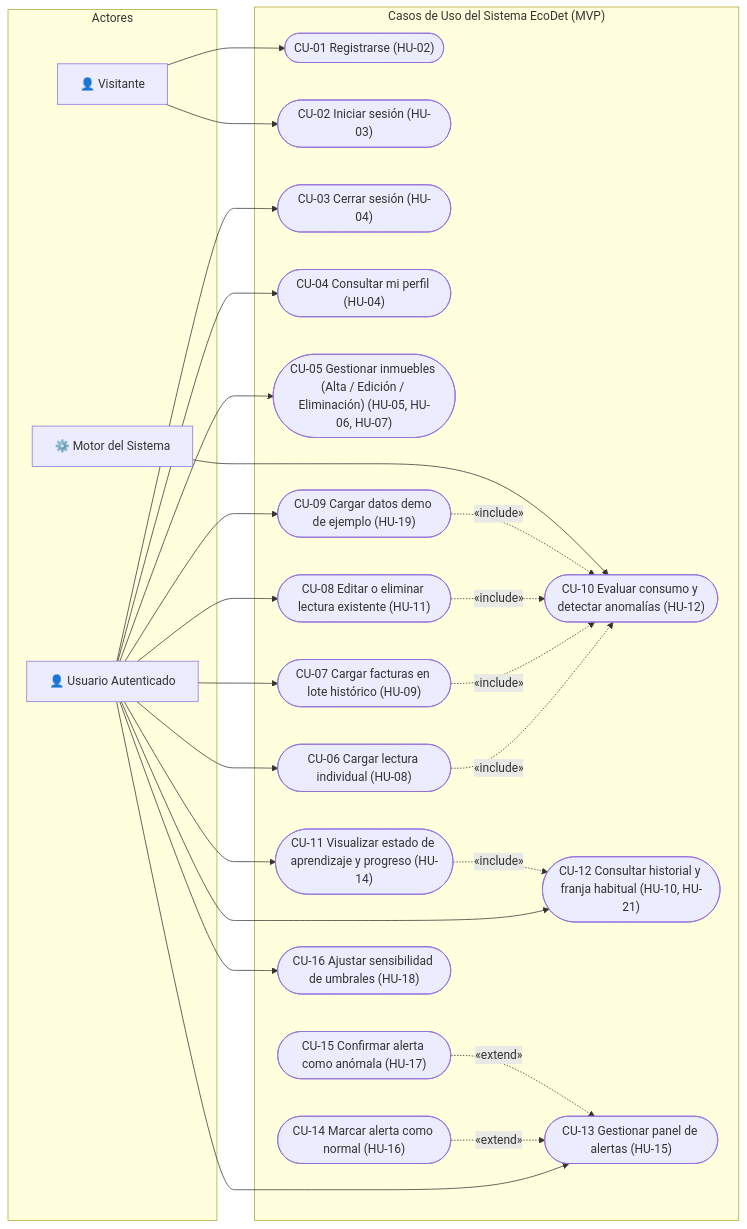
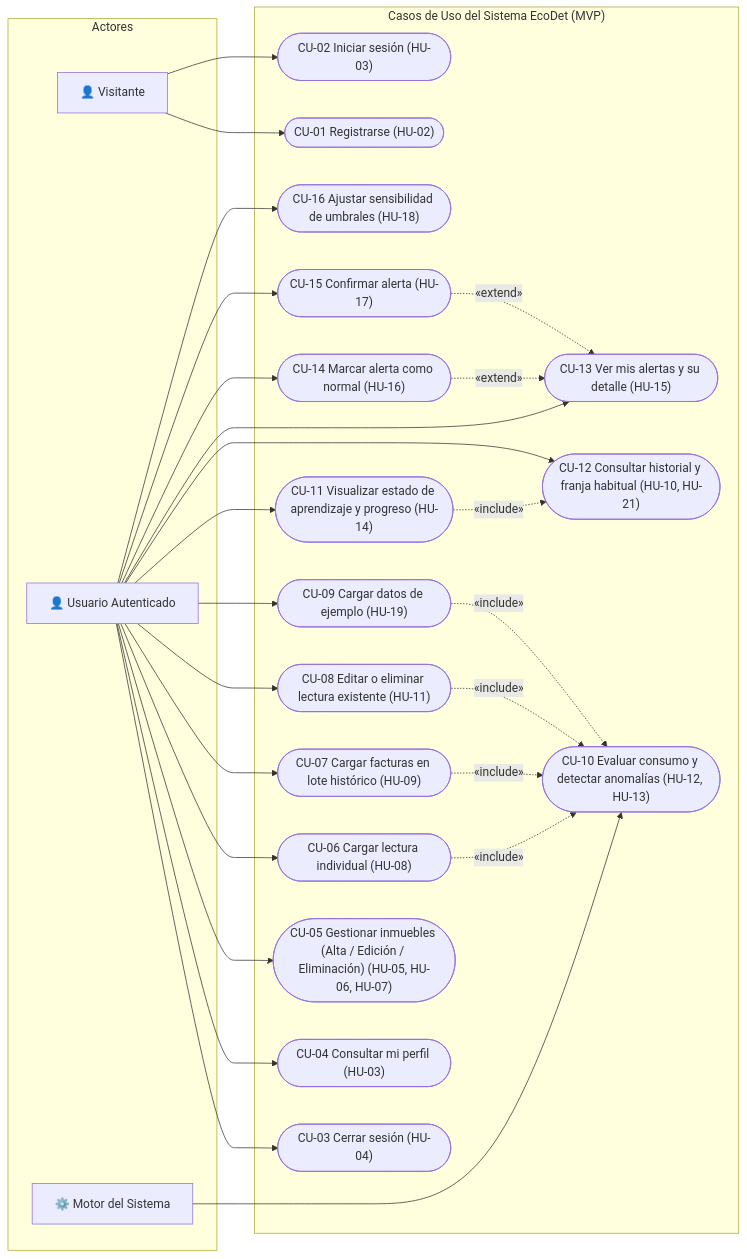
One commit to CuyoDevs/EcoDet changed the first of 2 diagrams in docs/2-Analisis-y-Diseno.md. Above: the diagram before and after it, drawn with Mermaid. The commit also changed other lines of this file and 8 other files, not shown here.

````diff
--- a/docs/2-Analisis-y-Diseno.md
+++ b/docs/2-Analisis-y-Diseno.md
@@ -27,66 +29,68 @@
 ```mermaid
 flowchart LR
     subgraph Actores
         V["👤 Visitante"]
         U["👤 Usuario Autenticado"]
         S["⚙️ Motor del Sistema"]
     end
 
     subgraph CasosDeUso["Casos de Uso del Sistema EcoDet (MVP)"]
         %% Autenticación y Cuentas
         CU01(["CU-01 Registrarse (HU-02)"])
         CU02(["CU-02 Iniciar sesión (HU-03)"])
         CU03(["CU-03 Cerrar sesión (HU-04)"])
-        CU04(["CU-04 Consultar mi perfil (HU-04)"])
+        CU04(["CU-04 Consultar mi perfil (HU-03)"])
 
         %% Gestión de Inmuebles
         CU05(["CU-05 Gestionar inmuebles (Alta / Edición / Eliminación) (HU-05, HU-06, HU-07)"])
 
         %% Carga de Consumos
         CU06(["CU-06 Cargar lectura individual (HU-08)"])
         CU07(["CU-07 Cargar facturas en lote histórico (HU-09)"])
         CU08(["CU-08 Editar o eliminar lectura existente (HU-11)"])
-        CU09(["CU-09 Cargar datos demo de ejemplo (HU-19)"])
+        CU09(["CU-09 Cargar datos de ejemplo (HU-19)"])
 
         %% Detección y Estadísticas
-        CU10(["CU-10 Evaluar consumo y detectar anomalías (HU-12)"])
+        CU10(["CU-10 Evaluar consumo y detectar anomalías (HU-12, HU-13)"])
         CU11(["CU-11 Visualizar estado de aprendizaje y progreso (HU-14)"])
         CU12(["CU-12 Consultar historial y franja habitual (HU-10, HU-21)"])
 
         %% Alertas y Umbrales
-        CU13(["CU-13 Gestionar panel de alertas (HU-15)"])
+        CU13(["CU-13 Ver mis alertas y su detalle (HU-15)"])
         CU14(["CU-14 Marcar alerta como normal (HU-16)"])
-        CU15(["CU-15 Confirmar alerta como anómala (HU-17)"])
+        CU15(["CU-15 Confirmar alerta (HU-17)"])
         CU16(["CU-16 Ajustar sensibilidad de umbrales (HU-18)"])
     end
 
     %% Relaciones de Visitante
     V --> CU01
     V --> CU02
 
     %% Relaciones de Usuario
     U --> CU03
     U --> CU04
     U --> CU05
     U --> CU06
     U --> CU07
     U --> CU08
     U --> CU09
     U --> CU11
     U --> CU12
     U --> CU13
+    U --> CU14
+    U --> CU15
     U --> CU16
 
     %% Dependencias Include y Extend
     CU06 -.->|«include»| CU10
     CU07 -.->|«include»| CU10
     CU08 -.->|«include»| CU10
     CU09 -.->|«include»| CU10
 
     CU14 -.->|«extend»| CU13
     CU15 -.->|«extend»| CU13
     CU11 -.->|«include»| CU12
 
     %% Actor Sistema
     S --> CU10
 ```
````
